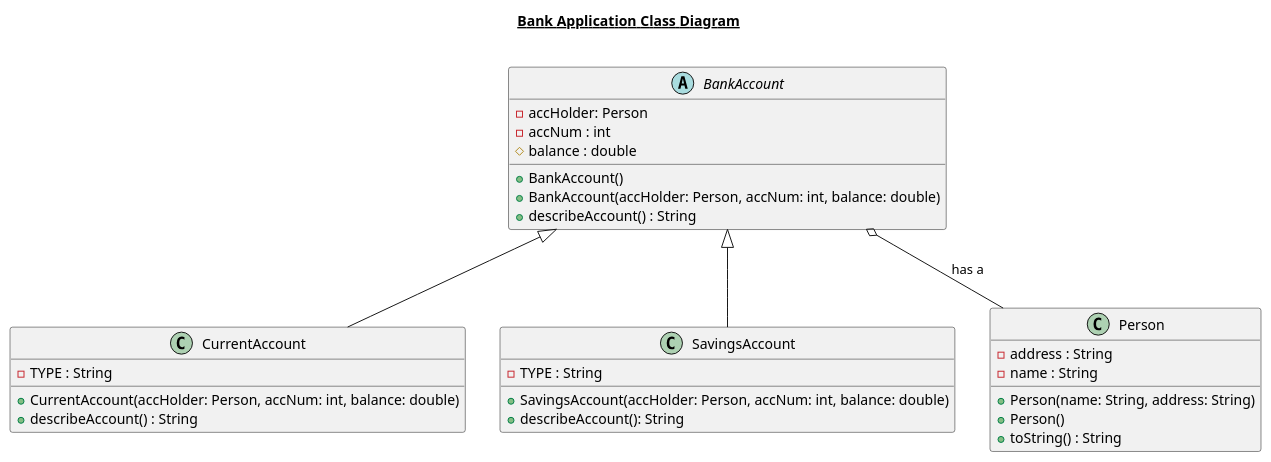
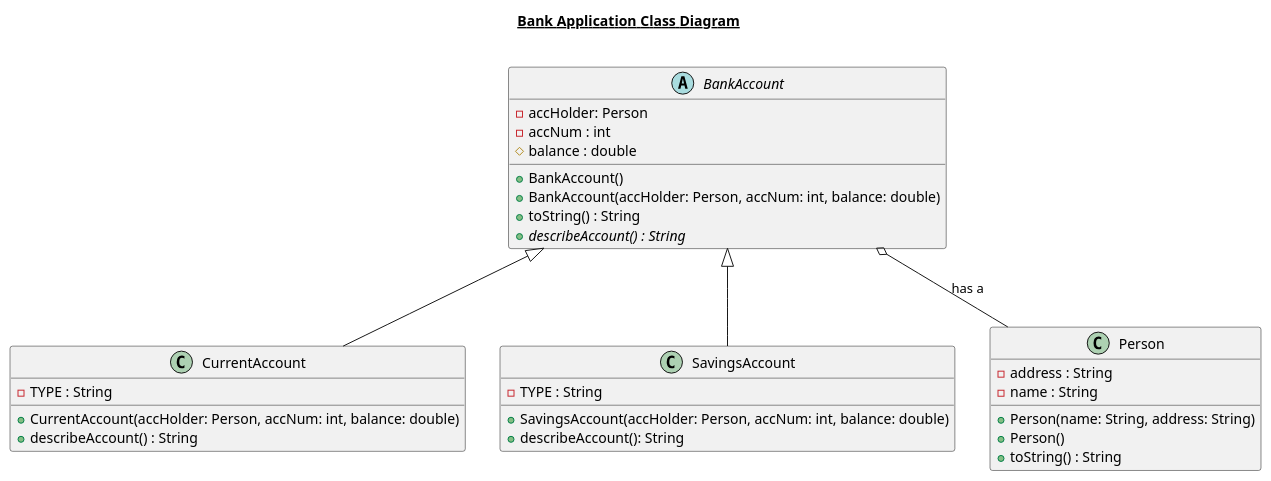
One commit to GraceOSullivan/SoftwareDesignPatterns changed the diagram in PlantUMLDiagrams/BeforeDecorator-SavingsAndCurrent.puml. Above: the diagram before and after it, drawn with PlantUML. The commit also changed 7 other files, not shown here.

Commit message:
Updating UML class diagrams to show describeAccount() as abstract method. Also improving driver format for word document

```diff
--- a/PlantUMLDiagrams/BeforeDecorator-SavingsAndCurrent.puml
+++ b/PlantUMLDiagrams/BeforeDecorator-SavingsAndCurrent.puml
@@ -1,39 +1,40 @@
 @startuml
 
 title __Bank Application Class Diagram__\n
 
 
 abstract class BankAccount {
     - accHolder: Person
     - accNum : int
     # balance : double
     + BankAccount()
     + BankAccount(accHolder: Person, accNum: int, balance: double)
-    + describeAccount() : String
+    + toString() : String
+    {abstract} + describeAccount() : String
 }
 
 class CurrentAccount {
     - TYPE : String
     + CurrentAccount(accHolder: Person, accNum: int, balance: double)
     + describeAccount() : String
 }
 
 class SavingsAccount {
     - TYPE : String
     + SavingsAccount(accHolder: Person, accNum: int, balance: double)
     + describeAccount(): String
 }
 
 class Person {
     - address : String
     - name : String
     + Person(name: String, address: String)
     + Person()
     + toString() : String
 }
 
 BankAccount o-- Person : has a
 CurrentAccount -up-|> BankAccount
 SavingsAccount -up-|> BankAccount
 
 @enduml
```
